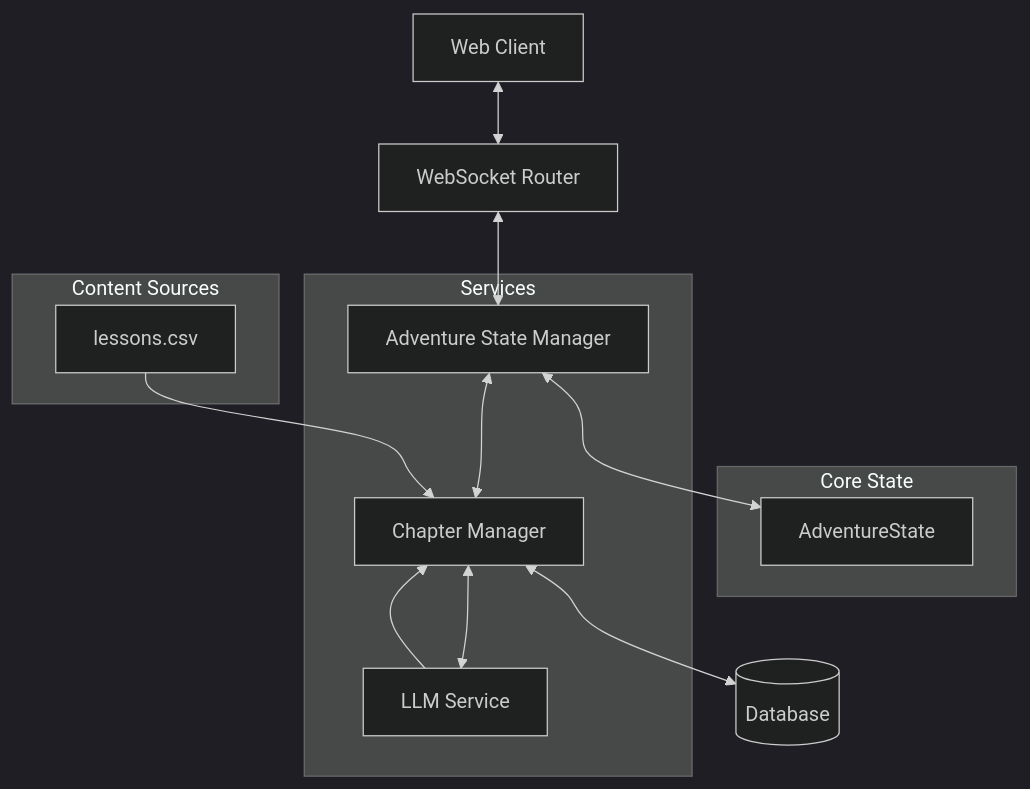
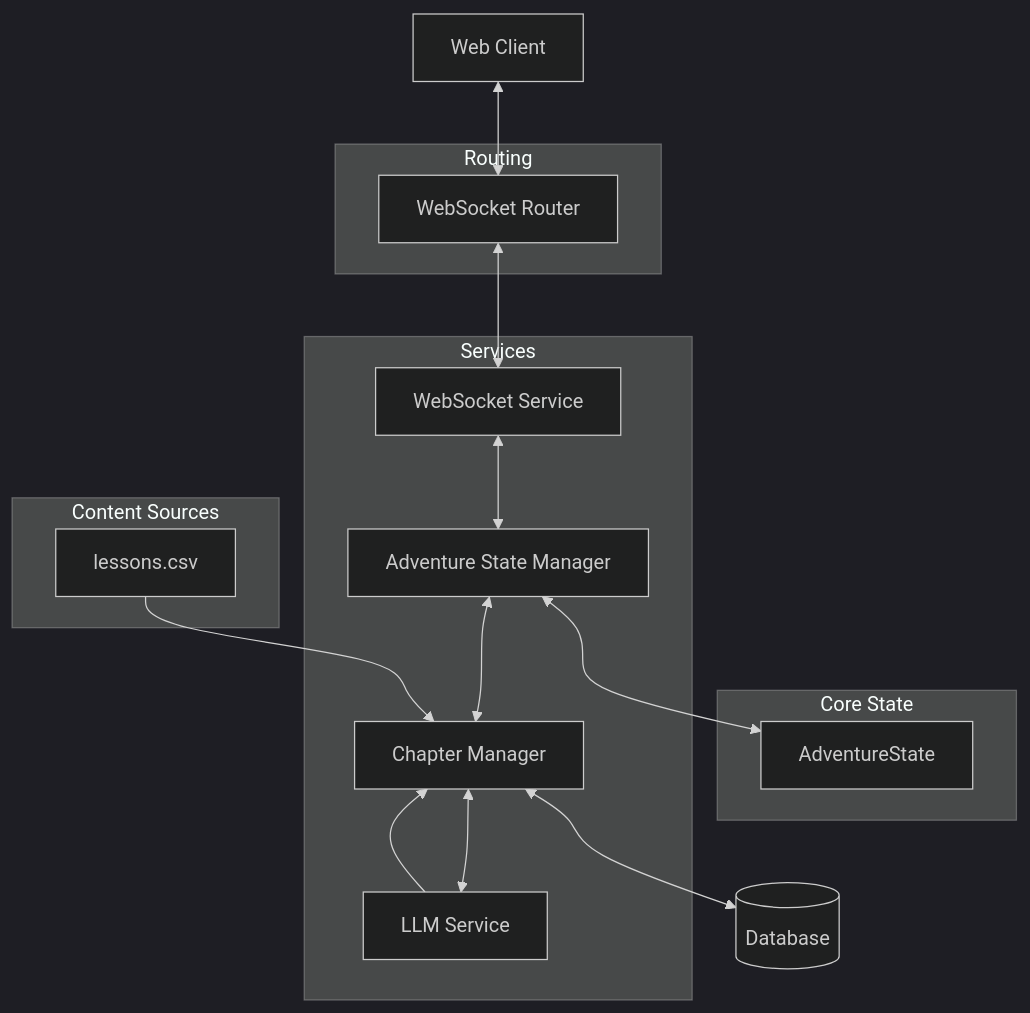
The diagram in memory-bank/systemPatterns.md (DesmondChoy/adventures), drawn with Mermaid (dark theme) before and after one commit. The commit also changed other lines of this file and 7 other files, not shown here.

First line of the commit message:
Refactor: Separate WebSocket routing and service logic

````diff
--- a/memory-bank/systemPatterns.md
+++ b/memory-bank/systemPatterns.md
@@ -4,24 +4,30 @@
 ```mermaid
 graph TD
-    Client[Web Client] <--> WS[WebSocket Router]
-    WS <--> ASM[Adventure State Manager]
+    Client[Web Client] <--> WSR[WebSocket Router]
+    WSR <--> WSS[WebSocket Service]
+    WSS <--> ASM[Adventure State Manager]
     ASM <--> AS[AdventureState]
     ASM <--> CM[Chapter Manager]
     CM <--> LLM[LLM Service]
     CM <--> DB[(Database)]
 
     subgraph Core State
         AS
     end
 
     subgraph Services
+        WSS
         ASM
         CM
         LLM
+    end
+
+    subgraph Routing
+        WSR
     end
 
     subgraph Content Sources
         CSV[lessons.csv] --> CM
         LLM --> CM
     end
 ```
````
